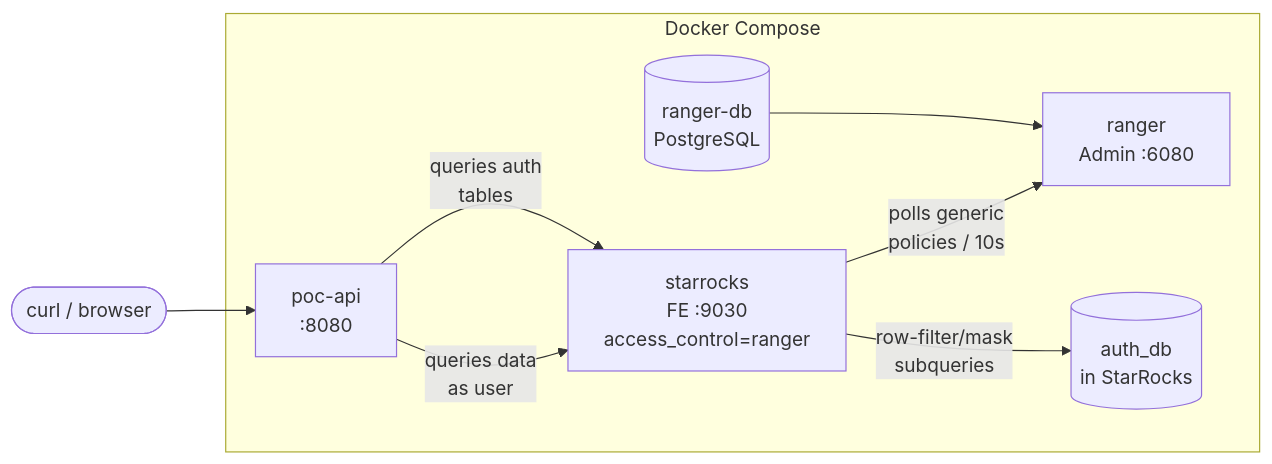
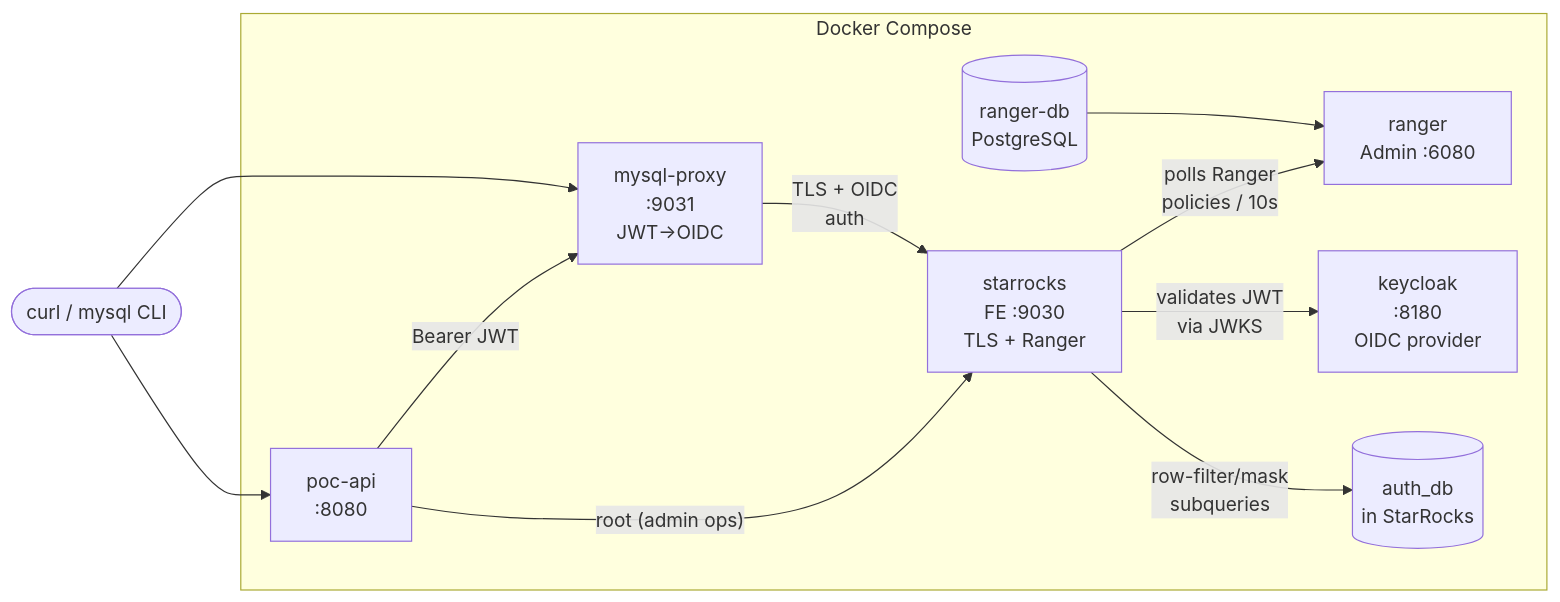
One commit to radiant-network/radiant-portal changed the first of 2 diagrams in docs/adr/ranger-poc/README.md. Above: the diagram before and after it, drawn with Mermaid. The commit also changed other lines of this file, not shown here.

Commit message:
docs(adr): SJRA-0000 update readme with keycloak and proxy documentation

````diff
--- a/docs/adr/ranger-poc/README.md
+++ b/docs/adr/ranger-poc/README.md
@@ -9,17 +11,22 @@
 ```mermaid
 graph LR
     subgraph Docker Compose
+        KC[keycloak<br/>:8180<br/>OIDC provider]
         RDB[(ranger-db<br/>PostgreSQL)]
         R[ranger<br/>Admin :6080]
-        SR[starrocks<br/>FE :9030<br/>access_control=ranger]
+        PROXY[mysql-proxy<br/>:9031<br/>JWT→OIDC]
+        SR[starrocks<br/>FE :9030<br/>TLS + Ranger]
         API[poc-api<br/>:8080]
         AUTH[(auth_db<br/>in StarRocks)]
     end
 
     RDB --> R
-    SR -- "polls generic<br/>policies / 10s" --> R
-    API -- "queries auth<br/>tables" --> SR
-    API -- "queries data<br/>as user" --> SR
+    SR -- "polls Ranger<br/>policies / 10s" --> R
+    SR -- "validates JWT<br/>via JWKS" --> KC
+    PROXY -- "TLS + OIDC<br/>auth" --> SR
+    API -- "Bearer JWT" --> PROXY
+    API -- "root (admin ops)" --> SR
     SR -- "row-filter/mask<br/>subqueries" --> AUTH
-    User([curl / browser]) --> API
+    User([curl / mysql CLI]) --> PROXY
+    User --> API
 ```
````
